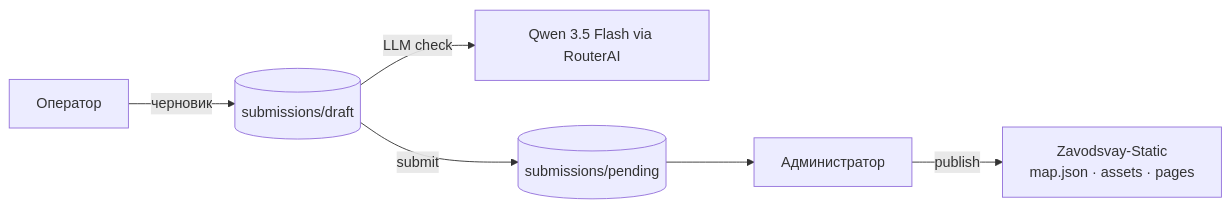
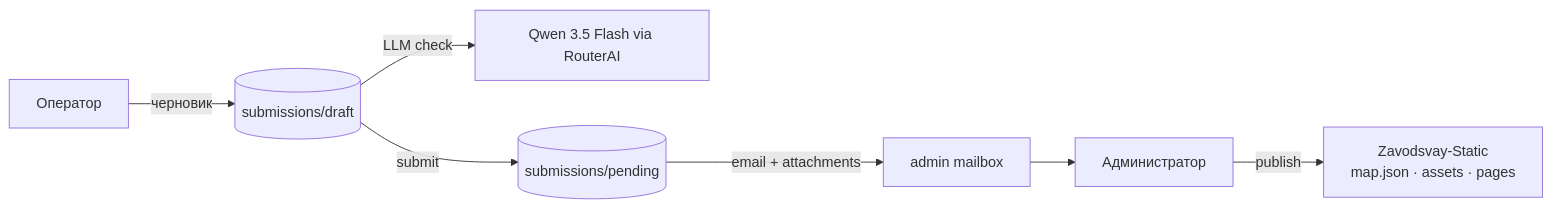
One commit to AlexanderKuzikov/MapControl changed the diagram in CONTEXT.md. Above: the diagram before and after it, drawn with Mermaid. The commit also changed other lines of this file, not shown here.

Commit message:
docs: update CONTEXT with SMTP flow, UI changes, and next plans

````diff
--- a/CONTEXT.md
+++ b/CONTEXT.md
@@ -173,8 +241,9 @@
 ```mermaid
 flowchart LR
   OP[Оператор] -->|черновик| DRAFT[(submissions/draft)]
   DRAFT -->|LLM check| LLM[Qwen 3.5 Flash via RouterAI]
   DRAFT -->|submit| PENDING[(submissions/pending)]
-  PENDING --> ADM[Администратор]
+  PENDING -->|email + attachments| EMAIL[admin mailbox]
+  EMAIL --> ADM[Администратор]
   ADM -->|publish| SITE[Zavodsvay-Static\nmap.json · assets · pages]
 ```
````
